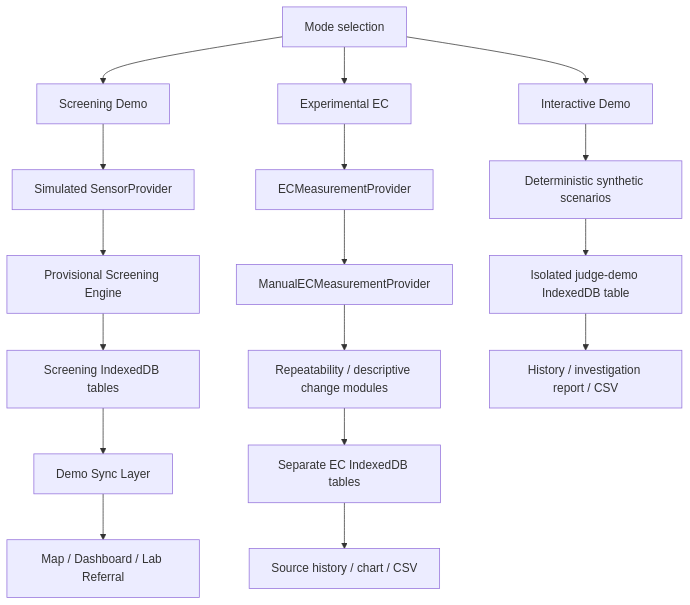
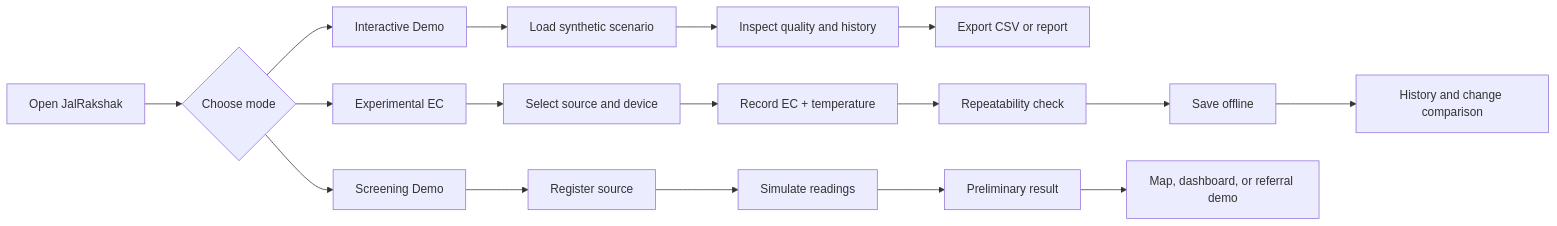
One commit to thisisanubhav/jalrakshak changed the first of 2 diagrams in README.md. Above: the diagram before and after it, drawn with Mermaid. The commit also changed other lines of this file, not shown here.

````diff
--- a/README.md
+++ b/README.md
@@ -99,19 +43,22 @@
 ```mermaid
-flowchart TD
-  A[Mode selection] --> B[Screening Demo]
-  A --> H[Experimental EC]
-  A --> N[Interactive Demo]
-  B --> C[Simulated SensorProvider]
-  C --> D[Provisional Screening Engine]
-  D --> E[Screening IndexedDB tables]
-  E --> F[Demo Sync Layer]
-  F --> G[Map / Dashboard / Lab Referral]
-  H --> I[ECMeasurementProvider]
-  I --> J[ManualECMeasurementProvider]
-  J --> K[Repeatability / descriptive change modules]
-  K --> L[Separate EC IndexedDB tables]
-  L --> M[Source history / chart / CSV]
-  N --> O[Deterministic synthetic scenarios]
-  O --> P[Isolated judge-demo IndexedDB table]
-  P --> Q[History / investigation report / CSV]
+flowchart LR
+  A[Open JalRakshak] --> B{Choose mode}
+
+  B --> C[Interactive Demo]
+  C --> D[Load synthetic scenario]
+  D --> E[Inspect quality and history]
+  E --> F[Export CSV or report]
+
+  B --> G[Experimental EC]
+  G --> H[Select source and device]
+  H --> I[Record EC + temperature]
+  I --> J[Repeatability check]
+  J --> K[Save offline]
+  K --> L[History and change comparison]
+
+  B --> M[Screening Demo]
+  M --> N[Register source]
+  N --> O[Simulate readings]
+  O --> P[Preliminary result]
+  P --> Q[Map, dashboard, or referral demo]
 ```
````
